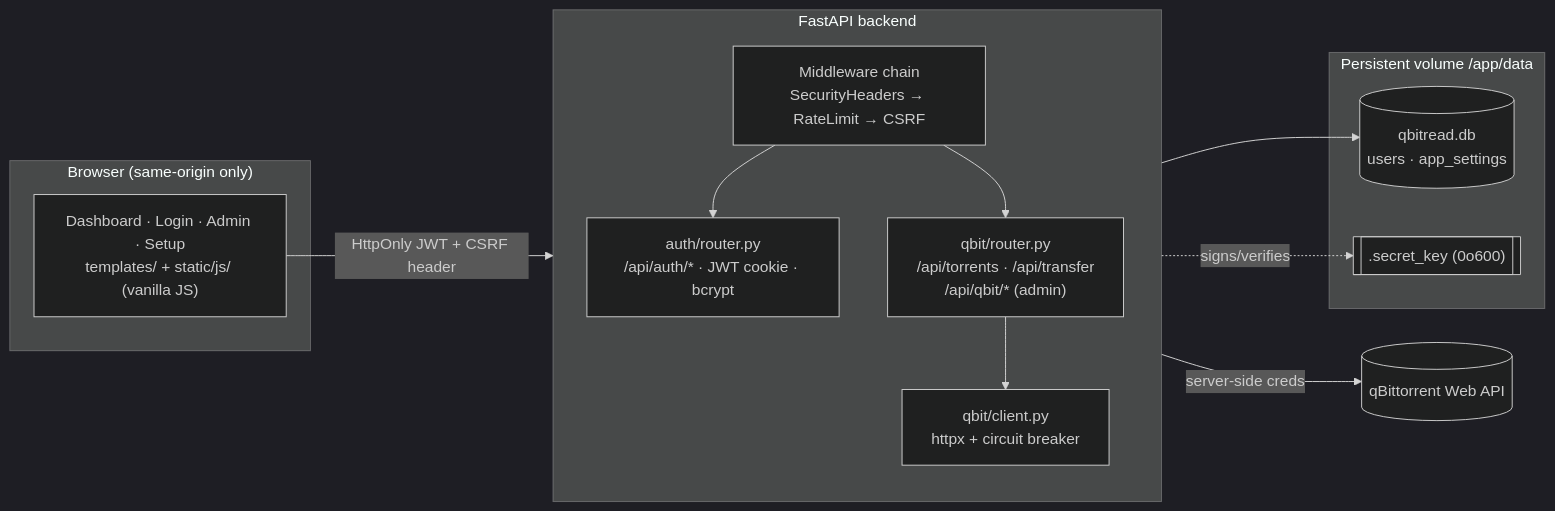
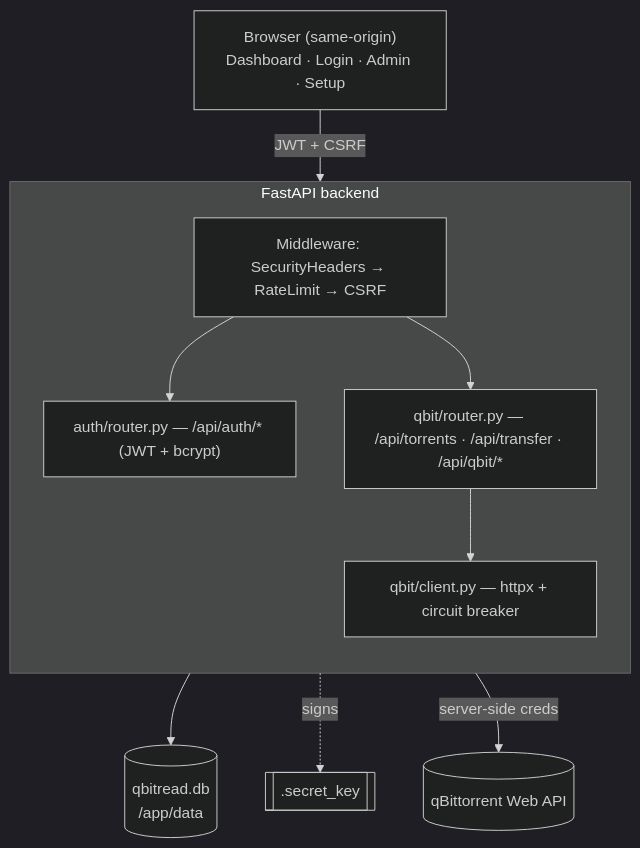
The diagram in README.md (JakeWard98/qbitread), drawn with Mermaid (dark theme) before and after one commit.

Commit message:
Compact architecture diagram (TB layout) to avoid GitHub overlay
The LR flowchart placed the qBittorrent node in the bottom-right where
GitHub's Mermaid viewer pan/zoom controls overlay it. Switching to TB
direction, inlining the Browser and Persistent-volume subgraphs, and
tightening labels keeps the whole figure narrower and pushes the
external qBit node to bottom-center instead.

https://claude.ai/code/session_012PEAduHGTNJy1DL6BXWrZY

````diff
--- a/README.md
+++ b/README.md
@@ -34,29 +34,24 @@
 ```mermaid
-flowchart LR
-    subgraph Browser["Browser (same-origin only)"]
-        UI["Dashboard · Login · Admin · Setup<br/>templates/ + static/js/ (vanilla JS)"]
-    end
+flowchart TB
+    UI["Browser (same-origin)<br/>Dashboard · Login · Admin · Setup"]
 
     subgraph Backend["FastAPI backend"]
         direction TB
-        MW["Middleware chain<br/>SecurityHeaders → RateLimit → CSRF"]
-        AuthR["auth/router.py<br/>/api/auth/* · JWT cookie · bcrypt"]
-        QbitR["qbit/router.py<br/>/api/torrents · /api/transfer<br/>/api/qbit/* (admin)"]
-        Client["qbit/client.py<br/>httpx + circuit breaker"]
+        MW["Middleware: SecurityHeaders → RateLimit → CSRF"]
+        AuthR["auth/router.py — /api/auth/* (JWT + bcrypt)"]
+        QbitR["qbit/router.py — /api/torrents · /api/transfer · /api/qbit/*"]
+        Client["qbit/client.py — httpx + circuit breaker"]
     end
 
-    subgraph Data["Persistent volume /app/data"]
-        DB[("qbitread.db<br/>users · app_settings")]
-        Key[[".secret_key (0o600)"]]
-    end
-
+    DB[("qbitread.db<br/>/app/data")]
+    Key[[".secret_key"]]
     Qbit[("qBittorrent Web API")]
 
-    UI -- "HttpOnly JWT + CSRF header" --> MW
+    UI -- "JWT + CSRF" --> MW
     MW --> AuthR
     MW --> QbitR
     AuthR --> DB
-    AuthR -. signs/verifies .-> Key
+    AuthR -. signs .-> Key
     QbitR --> Client
     Client -- "server-side creds" --> Qbit
 ```
````
